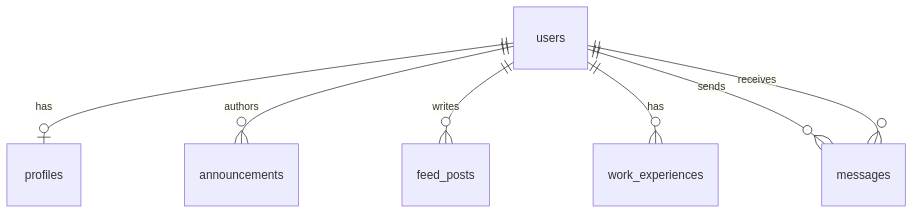
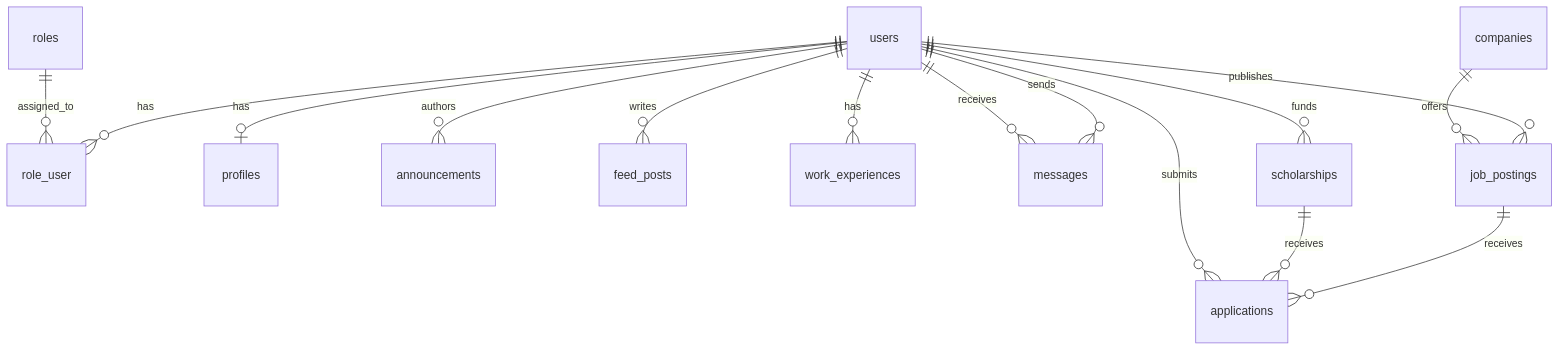
Before and after one commit to beyzaanacoglu/Alumni: the diagram in docs/ddd.md, drawn with Mermaid. The commit also changed other lines of this file and 14 other files, not shown here.

````diff
--- a/docs/ddd.md
+++ b/docs/ddd.md
@@ -14,9 +14,17 @@
 ```mermaid
 erDiagram
+    users ||--o{ role_user : has
+    roles ||--o{ role_user : assigned_to
     users ||--o| profiles : has
     users ||--o{ announcements : authors
     users ||--o{ feed_posts : writes
     users ||--o{ work_experiences : has
     users ||--o{ messages : sends
     users ||--o{ messages : receives
+    users ||--o{ job_postings : publishes
+    companies ||--o{ job_postings : offers
+    users ||--o{ scholarships : funds
+    job_postings ||--o{ applications : receives
+    scholarships ||--o{ applications : receives
+    users ||--o{ applications : submits
 ```
````
